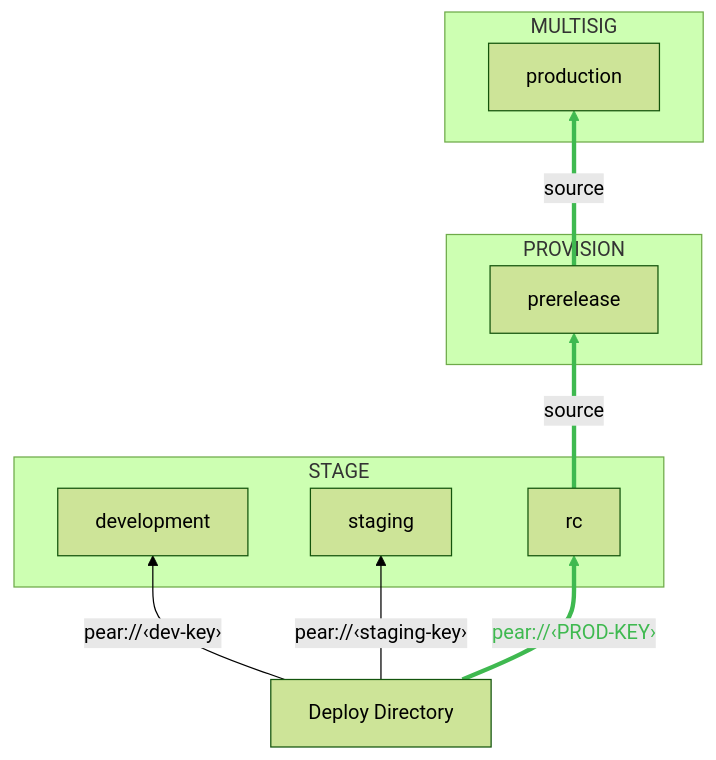
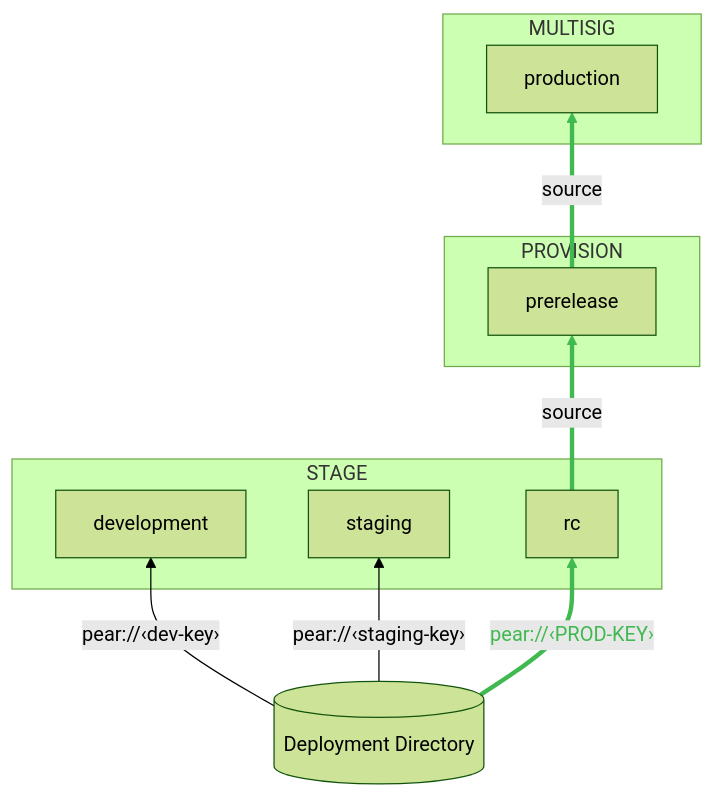
The second of 9 diagrams in README.md (holepunchto/hello-pear-electron), drawn with Mermaid (forest theme) before and after one commit. The commit also changed other lines of this file, not shown here.

````diff
--- a/README.md
+++ b/README.md
@@ -246,27 +246,27 @@
 ```mermaid
 graph BT
-    DF[Deploy Directory] -->|"pear://‹dev-key›"| Dev
+    DF[(Deployment Directory)] -->|"pear://‹dev-key›"| Dev
     DF -->|"pear://‹staging-key›"| Stg
     DF ==>|"pear://‹PROD-KEY›"| RC
 
     subgraph "    STAGE"
         Dev[development]
         Stg[staging]
         RC[rc]
     end
 
     subgraph PROVISION
         Pre[prerelease]
     end
 
     subgraph MULTISIG
         Prod[production]
     end
 
     RC ==>|source| Pre
     Pre ==>|source| Prod
 
     linkStyle 2 stroke:#3fb950,color:#3fb950
     linkStyle 3 stroke:#3fb950
     linkStyle 4 stroke:#3fb950
 ```
````
